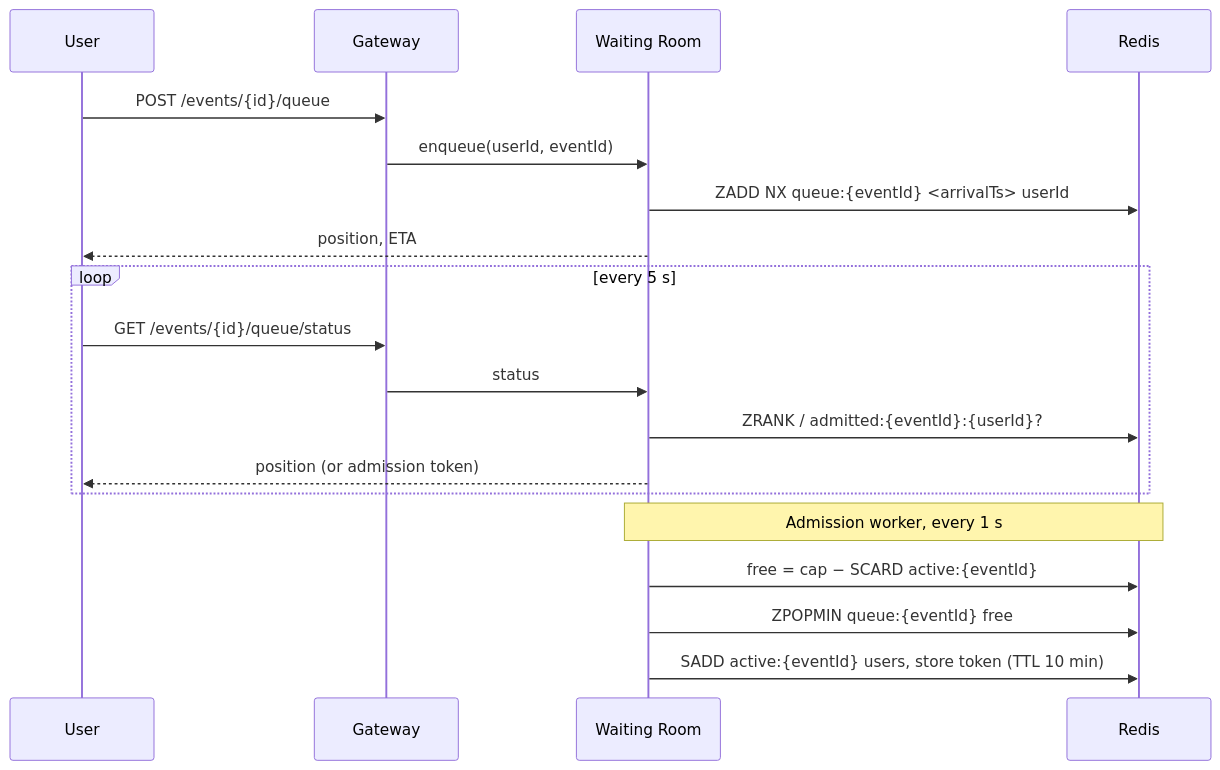
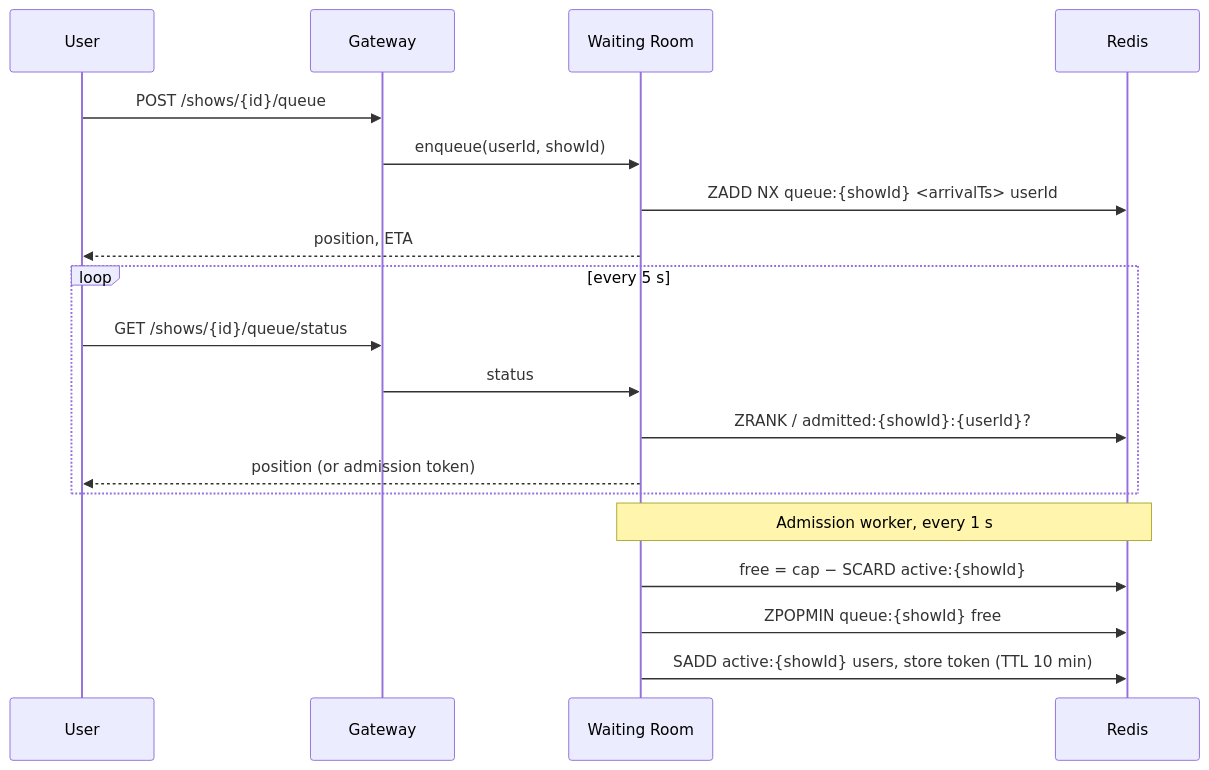
One commit to Vivek-122005/distributed-ticket-reservation-system changed the first of 7 diagrams in docs/hld/03-request-flows.md. Above: the diagram before and after it, drawn with Mermaid. The commit also changed other lines of this file and 8 other files, not shown here.

````diff
--- a/docs/hld/03-request-flows.md
+++ b/docs/hld/03-request-flows.md
@@ -9,21 +9,21 @@
 ```mermaid
 sequenceDiagram
     participant U as User
     participant G as Gateway
     participant W as Waiting Room
     participant R as Redis
-    U->>G: POST /events/{id}/queue
-    G->>W: enqueue(userId, eventId)
-    W->>R: ZADD NX queue:{eventId} <arrivalTs> userId
+    U->>G: POST /shows/{id}/queue
+    G->>W: enqueue(userId, showId)
+    W->>R: ZADD NX queue:{showId} <arrivalTs> userId
     W-->>U: position, ETA
     loop every 5 s
-      U->>G: GET /events/{id}/queue/status
+      U->>G: GET /shows/{id}/queue/status
       G->>W: status
-      W->>R: ZRANK / admitted:{eventId}:{userId}?
+      W->>R: ZRANK / admitted:{showId}:{userId}?
       W-->>U: position (or admission token)
     end
     Note over W,R: Admission worker, every 1 s
-    W->>R: free = cap − SCARD active:{eventId}
-    W->>R: ZPOPMIN queue:{eventId} free
-    W->>R: SADD active:{eventId} users, store token (TTL 10 min)
+    W->>R: free = cap − SCARD active:{showId}
+    W->>R: ZPOPMIN queue:{showId} free
+    W->>R: SADD active:{showId} users, store token (TTL 10 min)
 ```
````
